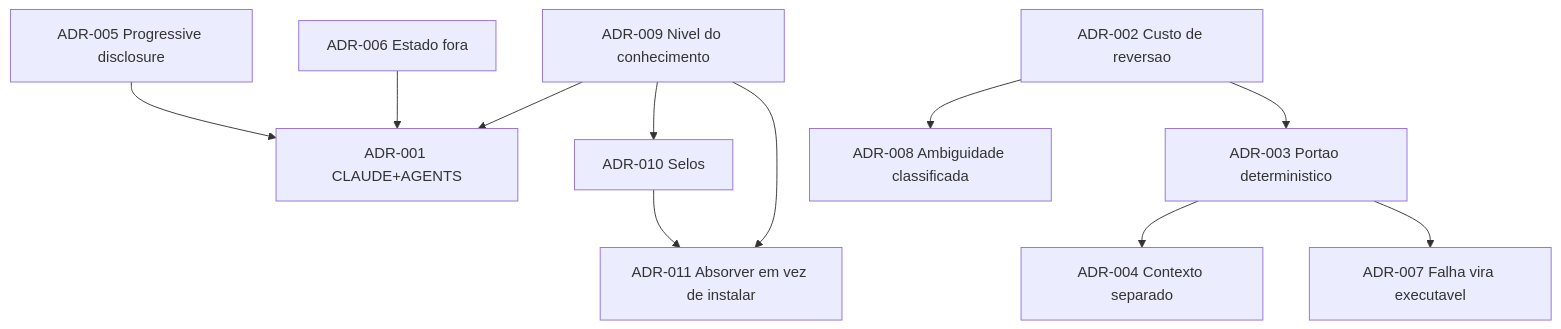
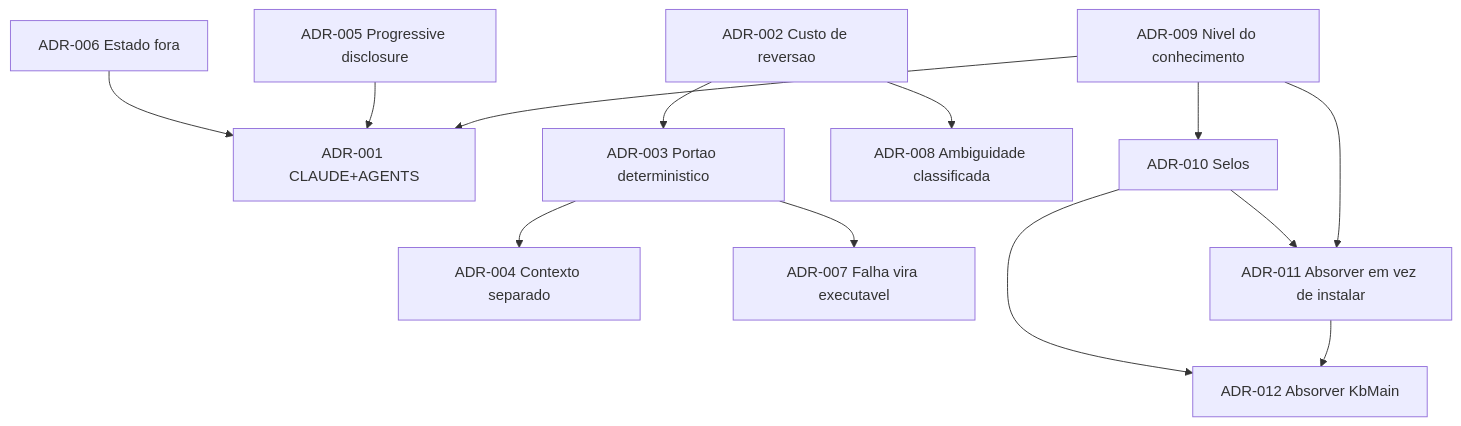
One commit to Brian5m1th/agent-foundation-kit changed the diagram in kb/11-adrs.md. Above: the diagram before and after it, drawn with Mermaid. The commit also changed other lines of this file and 9 other files, not shown here.

First line of the commit message:
absorve o corpus KbMain na KB por destilacao (ADR-012)

````diff
--- a/kb/11-adrs.md
+++ b/kb/11-adrs.md
@@ -281,13 +324,15 @@
 ```mermaid
 graph TD
     A9[ADR-009 Nivel do conhecimento] --> A1[ADR-001 CLAUDE+AGENTS]
     A9 --> A10[ADR-010 Selos]
     A5[ADR-005 Progressive disclosure] --> A1
     A6[ADR-006 Estado fora] --> A1
     A2[ADR-002 Custo de reversao] --> A8[ADR-008 Ambiguidade classificada]
     A3[ADR-003 Portao deterministico] --> A4[ADR-004 Contexto separado]
     A3 --> A7[ADR-007 Falha vira executavel]
     A2 --> A3
     A9 --> A11[ADR-011 Absorver em vez de instalar]
     A10 --> A11
+    A11 --> A12[ADR-012 Absorver KbMain]
+    A10 --> A12
 ```
````
